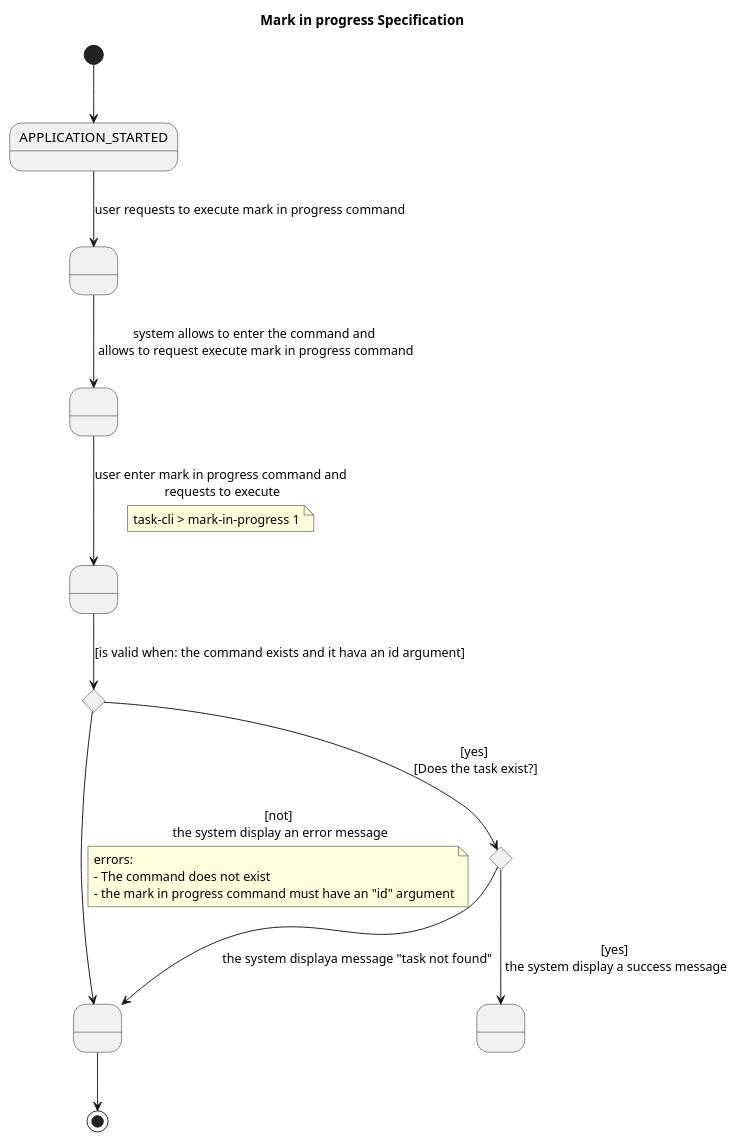
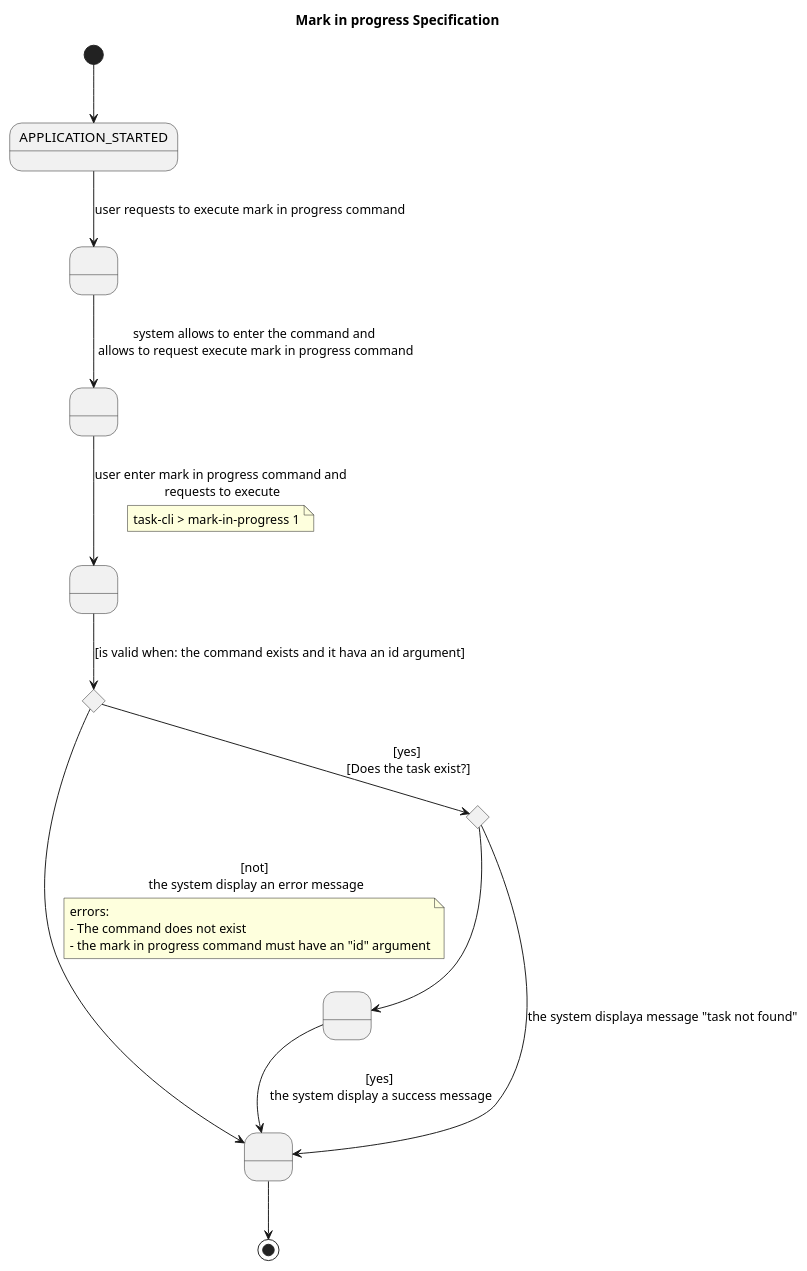
Before and after one commit to franpaulinoinfante/CLI-TaskTracker: the fifth of 6 diagrams in Docs/Scenarios.plantuml, drawn with PlantUML. The commit also changed 1 other file, not shown here.

```diff
--- a/Docs/Scenarios.plantuml
+++ b/Docs/Scenarios.plantuml
@@ -129,30 +129,31 @@
 @startuml Mark in progress Specification
 title Mark in progress Specification
 
 state " " as A
 state " " as B
 state " " as C
 state " " as E
 state " " as F
 state isValid <<choice>>
 state exists <<choice>>
 
 [*] --> APPLICATION_STARTED
     APPLICATION_STARTED --> A : user requests to execute mark in progress command
     A --> B : system allows to enter the command and\n allows to request execute mark in progress command
     B --> C : user enter mark in progress command and\n requests to execute
         note on link
             task-cli > mark-in-progress 1
         endnote
     C --> isValid : [is valid when: the command exists and it hava an id argument]
         isValid --> exists : [yes]\n [Does the task exist?]
-            exists --> E : [yes]\n the system display a success message
+            exists --> E 
+            E --> F : [yes]\n the system display a success message
         exists --> F : the system displaya message "task not found"
     isValid --> F : [not]\n the system display an error message
         note on link
             errors:
             - The command does not exist
             - the mark in progress command must have an "id" argument
         endnote
 F --> [*]
 @enduml
```
